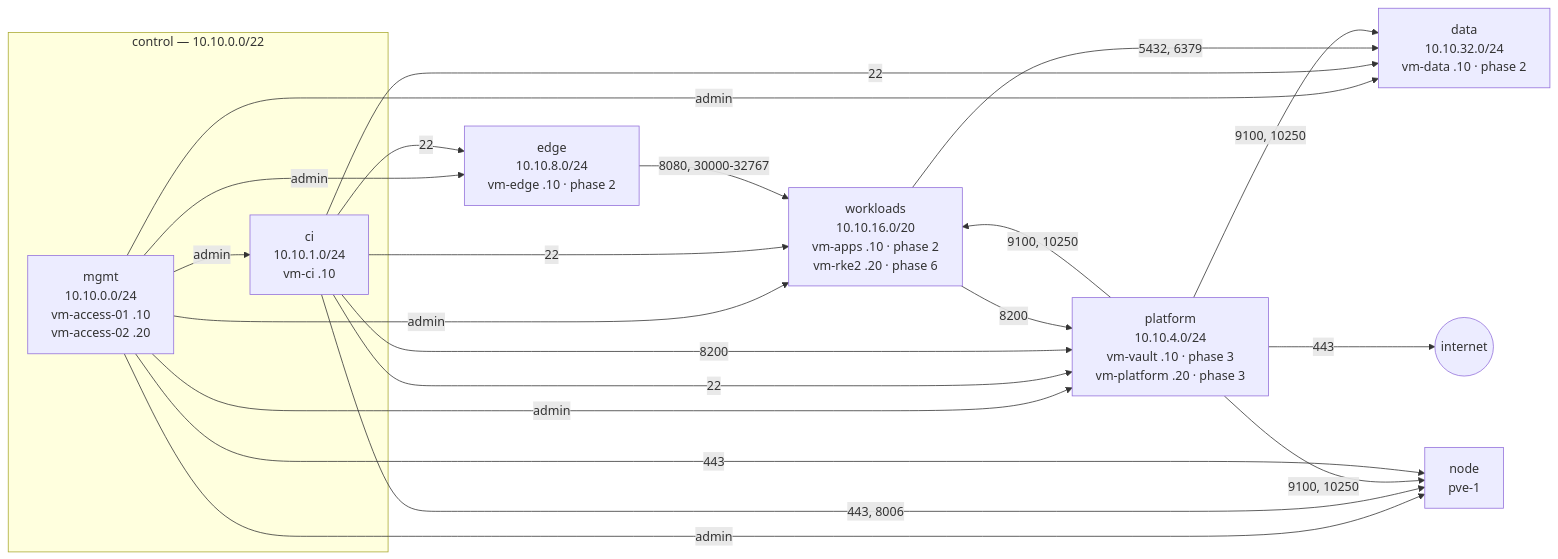
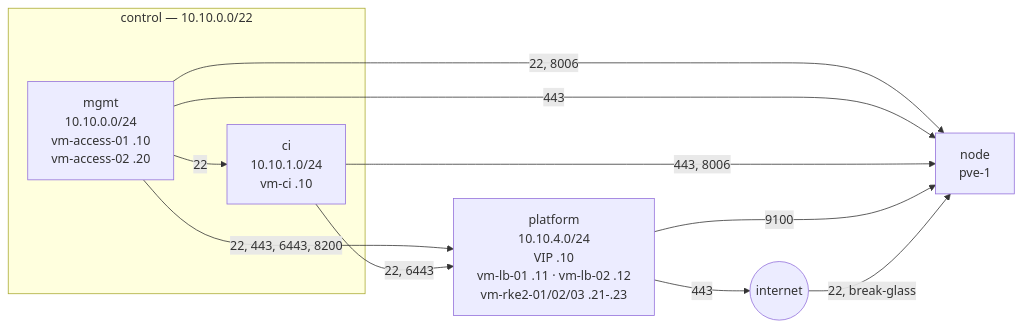
The third of 7 diagrams in docs/architecture.md (0xc0-homelab/infrastructure), drawn with Mermaid before and after one commit. The commit also changed other lines of this file and 16 other files, not shown here.

````diff
--- a/docs/architecture.md
+++ b/docs/architecture.md
@@ -111,24 +111,20 @@
 ```mermaid
 flowchart LR
   subgraph control["control — 10.10.0.0/22"]
     mgmt["mgmt<br/>10.10.0.0/24<br/>vm-access-01 .10<br/>vm-access-02 .20"]
     ci["ci<br/>10.10.1.0/24<br/>vm-ci .10"]
   end
-  platform["platform<br/>10.10.4.0/24<br/>vm-vault .10 · phase 3<br/>vm-platform .20 · phase 3"]
-  edge["edge<br/>10.10.8.0/24<br/>vm-edge .10 · phase 2"]
-  workloads["workloads<br/>10.10.16.0/20<br/>vm-apps .10 · phase 2<br/>vm-rke2 .20 · phase 6"]
-  data["data<br/>10.10.32.0/24<br/>vm-data .10 · phase 2"]
+  platform["platform<br/>10.10.4.0/24<br/>VIP .10<br/>vm-lb-01 .11 · vm-lb-02 .12<br/>vm-rke2-01/02/03 .21-.23"]
   node["node<br/>pve-1"]
   internet(("internet"))
 
-  mgmt -- "admin" --> ci & platform & edge & workloads & data & node
-  ci -- "22" --> edge & platform & workloads & data
+  mgmt -- "22" --> ci
+  mgmt -- "22, 443, 6443, 8200" --> platform
+  mgmt -- "22, 8006" --> node
+  mgmt -- "443" --> node
+  ci -- "22, 6443" --> platform
   ci -- "443, 8006" --> node
-  ci -- "8200" --> platform
-  edge -- "8080, 30000-32767" --> workloads
-  workloads -- "5432, 6379" --> data
-  workloads -- "8200" --> platform
-  platform -- "9100, 10250" --> workloads & data & node
+  platform -- "9100" --> node
   platform -- "443" --> internet
-  mgmt -- "443" --> node
+  internet -- "22, break-glass" --> node
 ```
````
